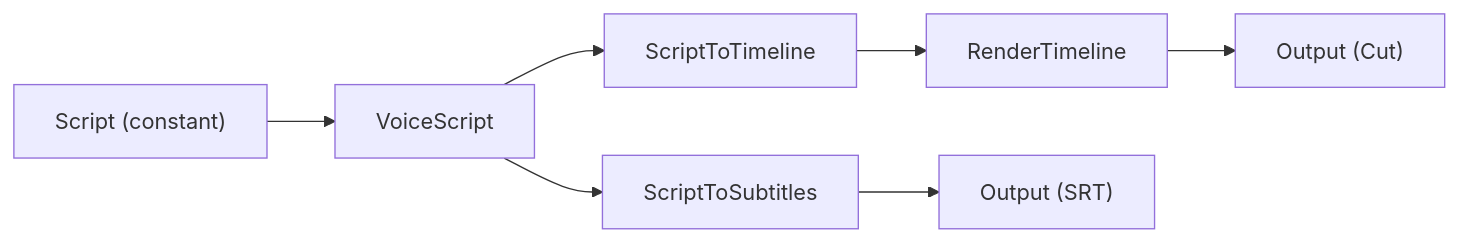
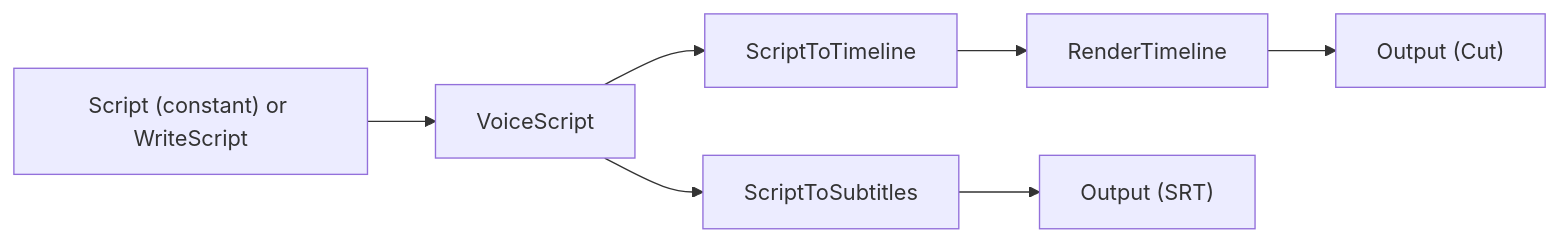
Before and after one commit to nodetool-ai/nodetool: the fourth of 8 diagrams in docs/cookbook/patterns.md, drawn with Mermaid. The commit also changed other lines of this file and 118 other files, not shown here.

```diff
--- a/docs/cookbook/patterns.md
+++ b/docs/cookbook/patterns.md
@@ -139,12 +147,12 @@
 {% mermaid %}
 graph LR
-  script["Script (constant)"]
+  script["Script (constant) or WriteScript"]
   voice["VoiceScript"]
   tl["ScriptToTimeline"]
   render["RenderTimeline"]
   subs["ScriptToSubtitles"]
   out["Output (Cut)"]
   srt["Output (SRT)"]
   script --> voice --> tl --> render --> out
   voice --> subs --> srt
 {% endmermaid %}
```
